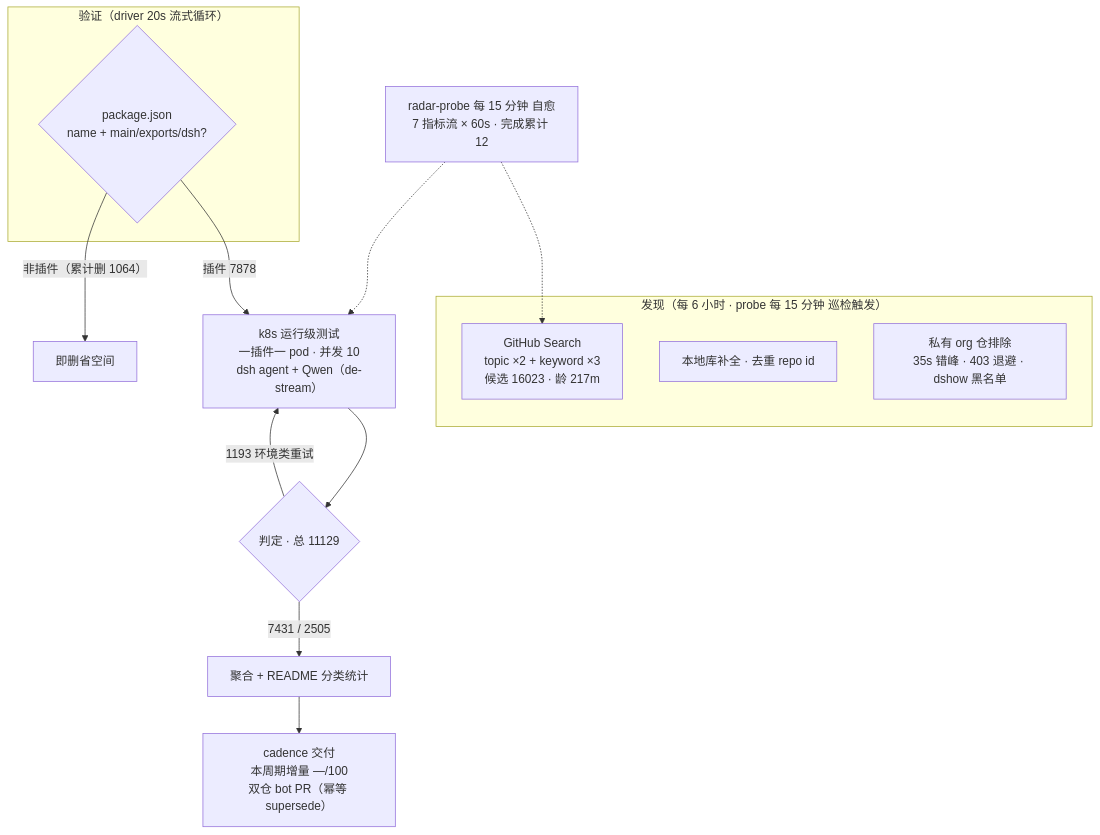
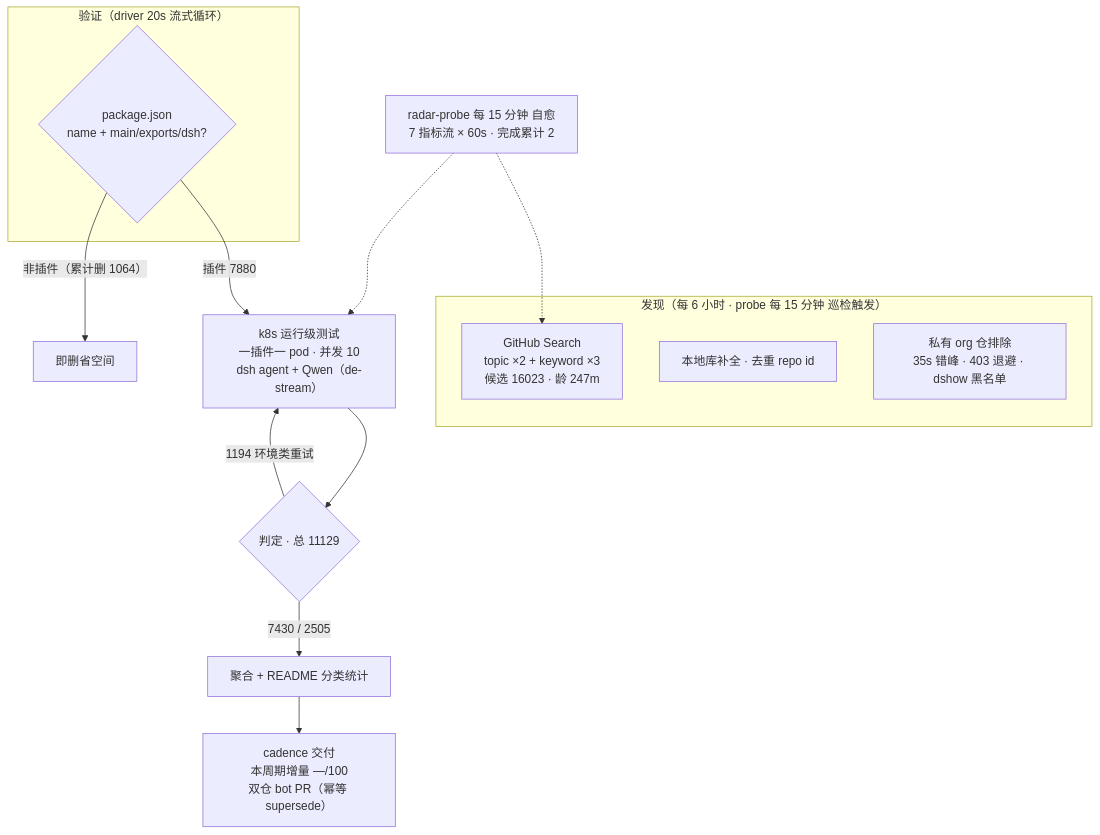
One commit to Zhidao-Lab-OSS/awesome-dsh-plugins changed the diagram in README.md. Above: the diagram before and after it, drawn with Mermaid. The commit also changed other lines of this file and 1 other file, not shown here.

````diff
--- a/README.md
+++ b/README.md
@@ -37,20 +37,20 @@
 ```mermaid
 flowchart TB
     subgraph Discovery["发现（每 6 小时 · probe 每 15 分钟 巡检触发）"]
-        A1["GitHub Search<br/>topic ×2 + keyword ×3<br/>候选 16023 · 龄 217m"]
+        A1["GitHub Search<br/>topic ×2 + keyword ×3<br/>候选 16023 · 龄 247m"]
         A2["本地库补全 · 去重 repo id"]
         A3["私有 org 仓排除<br/>35s 错峰 · 403 退避 · dshow 黑名单"]
     end
     subgraph Validation["验证（driver 20s 流式循环）"]
         B1{"package.json<br/>name + main/exports/dsh?"}
     end
-    B1 -->|"插件 7878"| C1["k8s 运行级测试<br/>一插件一 pod · 并发 10<br/>dsh agent + Qwen（de-stream）"]
+    B1 -->|"插件 7880"| C1["k8s 运行级测试<br/>一插件一 pod · 并发 10<br/>dsh agent + Qwen（de-stream）"]
     B1 -->|"非插件（累计删 1064）"| B3["即删省空间"]
     C1 --> D1{"判定 · 总 11129"}
-    D1 -->|"7431 / 2505"| E1["聚合 + README 分类统计"]
-    D1 -->|"1193 环境类重试"| C1
+    D1 -->|"7430 / 2505"| E1["聚合 + README 分类统计"]
+    D1 -->|"1194 环境类重试"| C1
     E1 --> E2["cadence 交付<br/>本周期增量 —/100<br/>双仓 bot PR（幂等 supersede）"]
-    M["radar-probe 每 15 分钟 自愈<br/>7 指标流 × 60s · 完成累计 12"]
+    M["radar-probe 每 15 分钟 自愈<br/>7 指标流 × 60s · 完成累计 2"]
     M -.-> A1
     M -.-> C1
 ```
````
